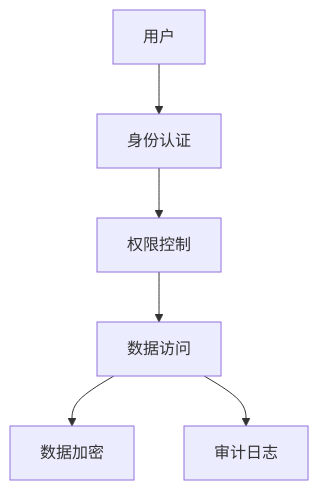
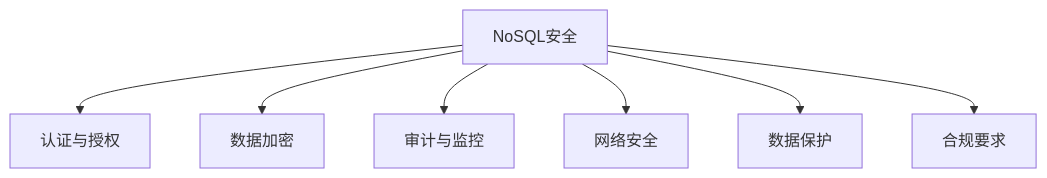
One commit to AdaMartin18010/Data-Science changed the first of 2 diagrams in Analysis/1-数据库系统/1.3-NoSQL/1.3.7-安全与合规.md. Above: the diagram before and after it, drawn with Mermaid. The commit also changed other lines of this file and 338 other files, not shown here.

````diff
--- a/Analysis/1-数据库系统/1.3-NoSQL/1.3.7-安全与合规.md
+++ b/Analysis/1-数据库系统/1.3-NoSQL/1.3.7-安全与合规.md
@@ -20,7 +92,9 @@
 ```mermaid
 flowchart TD
-  U[用户] --> A[身份认证] --> P[权限控制]
-  P --> D[数据访问]
-  D --> E[数据加密]
-  D --> L[审计日志]
+    A[NoSQL安全] --> B[认证与授权]
+    A --> C[数据加密]
+    A --> D[审计与监控]
+    A --> E[网络安全]
+    A --> F[数据保护]
+    A --> G[合规要求]
 ```
````
